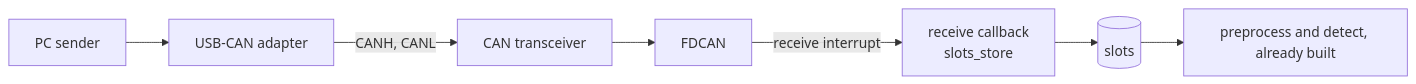
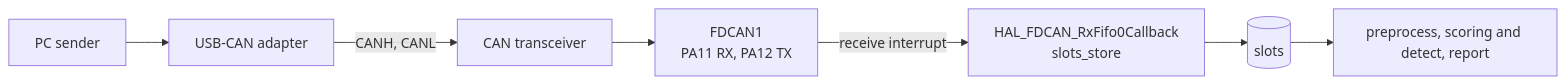
Before and after one commit to asana17/ai_can_anomaly_detection: the diagram in board/docs/connecting_can_bus.md, drawn with Mermaid. The commit also changed other lines of this file and 2 other files, not shown here.

Commit message:
feat(board): receive FDCAN1 frames into the slots

````diff
--- a/board/docs/connecting_can_bus.md
+++ b/board/docs/connecting_can_bus.md
@@ -11,7 +10,7 @@
 ```mermaid
 flowchart LR
-    pc[PC sender] --> usb[USB-CAN adapter] -- CANH, CANL --> tr[CAN transceiver] --> fd[FDCAN]
-    fd -- receive interrupt --> cb["receive callback<br/>slots_store"]
+    pc[PC sender] --> usb[USB-CAN adapter] -- CANH, CANL --> tr[CAN transceiver] --> fd["FDCAN1<br/>PA11 RX, PA12 TX"]
+    fd -- receive interrupt --> cb["HAL_FDCAN_RxFifo0Callback<br/>slots_store"]
     cb --> slots[(slots)]
-    slots --> pre[preprocess and detect, already built]
+    slots --> pre[preprocess, scoring and detect, report]
 ```
````
